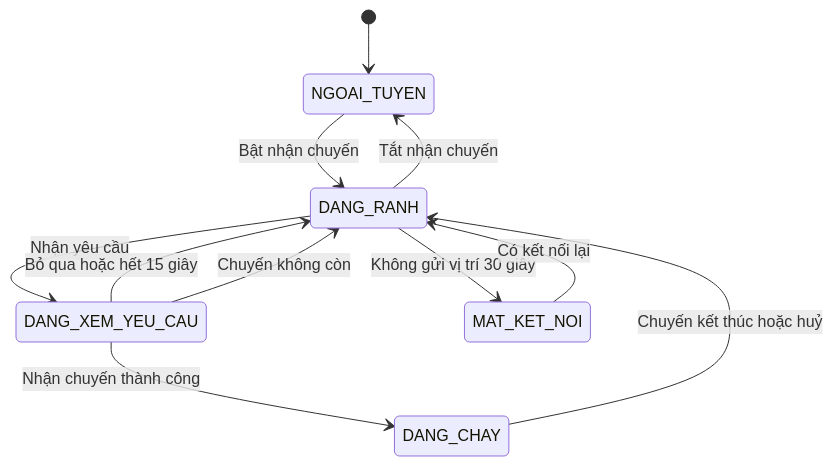
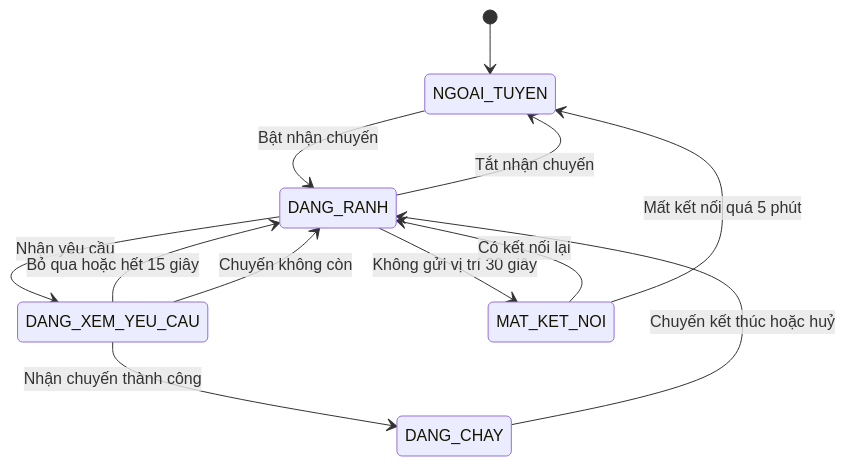
One commit to uxfoundation-vn/de04-dat-xe-cong-nghe changed the first of 5 diagrams in docs/TN02-ghep-tai-xe-nhan-chuyen/SRS.md. Above: the diagram before and after it, drawn with Mermaid. The commit also changed other lines of this file and 3 other files, not shown here.

````diff
--- a/docs/TN02-ghep-tai-xe-nhan-chuyen/SRS.md
+++ b/docs/TN02-ghep-tai-xe-nhan-chuyen/SRS.md
@@ -48,13 +48,14 @@
 ```mermaid
 stateDiagram-v2
   [*] --> NGOAI_TUYEN
   NGOAI_TUYEN --> DANG_RANH : Bật nhận chuyến
   DANG_RANH --> NGOAI_TUYEN : Tắt nhận chuyến
   DANG_RANH --> DANG_XEM_YEU_CAU : Nhận yêu cầu
   DANG_XEM_YEU_CAU --> DANG_RANH : Bỏ qua hoặc hết 15 giây
   DANG_XEM_YEU_CAU --> DANG_CHAY : Nhận chuyến thành công
   DANG_XEM_YEU_CAU --> DANG_RANH : Chuyến không còn
   DANG_CHAY --> DANG_RANH : Chuyến kết thúc hoặc huỷ
   DANG_RANH --> MAT_KET_NOI : Không gửi vị trí 30 giây
   MAT_KET_NOI --> DANG_RANH : Có kết nối lại
+  MAT_KET_NOI --> NGOAI_TUYEN : Mất kết nối quá 5 phút
 ```
````
